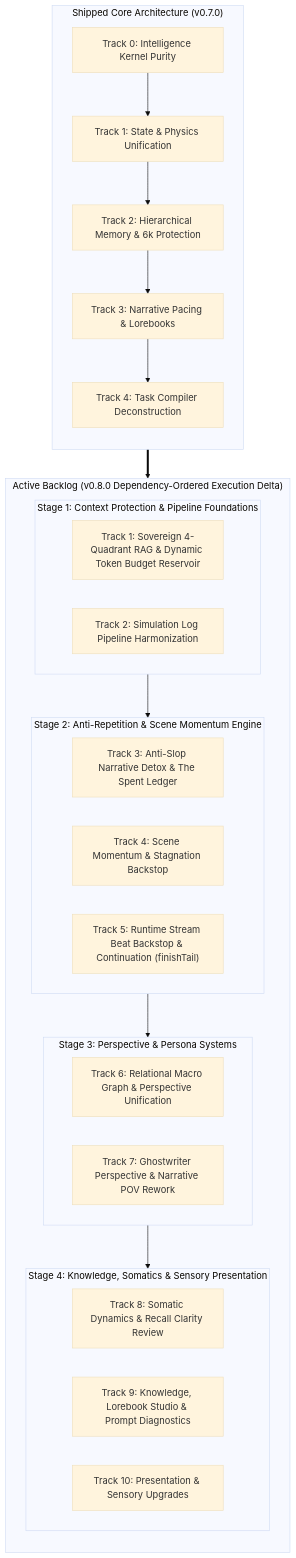
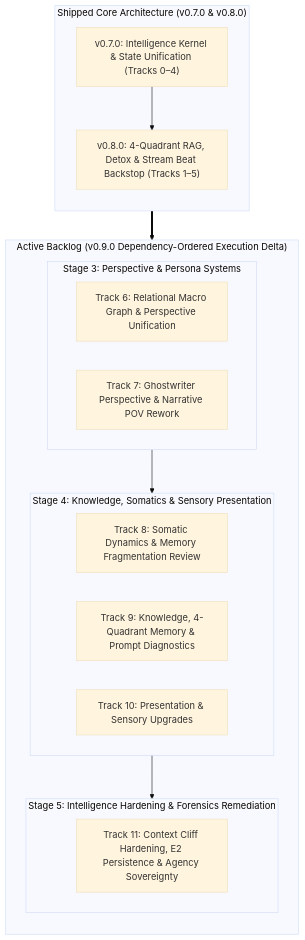
Before and after one commit to JooduG/RPGlitch: the diagram in ROADMAP.md, drawn with Mermaid (base theme). The commit also changed other lines of this file and 3 other files, not shown here.

Commit message:
test: add simulation audit test suite and update changelog and roadmap

````diff
--- a/ROADMAP.md
+++ b/ROADMAP.md
@@ -20,41 +20,31 @@
 ```mermaid
 flowchart TD
-    subgraph Shipped ["Shipped Core Architecture (v0.7.0)"]
+    subgraph Shipped ["Shipped Core Architecture (v0.7.0 & v0.8.0)"]
         direction TB
-        T0["Track 0: Intelligence Kernel Purity"]
-        T1["Track 1: State & Physics Unification"]
-        T2["Track 2: Hierarchical Memory & 6k Protection"]
-        T3["Track 3: Narrative Pacing & Lorebooks"]
-        T4["Track 4: Task Compiler Deconstruction"]
-        T0 --> T1 --> T2 --> T3 --> T4
+        S1["v0.7.0: Intelligence Kernel & State Unification (Tracks 0–4)"]
+        S2["v0.8.0: 4-Quadrant RAG, Detox & Stream Beat Backstop (Tracks 1–5)"]
+        S1 --> S2
     end
 
-    subgraph ActiveBacklog ["Active Backlog (v0.8.0 Dependency-Ordered Execution Delta)"]
+    subgraph ActiveBacklog ["Active Backlog (v0.9.0 Dependency-Ordered Execution Delta)"]
         direction TB
-        subgraph Stage1 ["Stage 1: Context Protection & Pipeline Foundations"]
-            TR1["Track 1: Sovereign 4-Quadrant RAG & Dynamic Token Budget Reservoir"]
-            TR2["Track 2: Simulation Log Pipeline Harmonization"]
-        end
-
-        subgraph Stage2 ["Stage 2: Anti-Repetition & Scene Momentum Engine"]
-            TR3["Track 3: Anti-Slop Narrative Detox & The Spent Ledger"]
-            TR4["Track 4: Scene Momentum & Stagnation Backstop"]
-            TR5["Track 5: Runtime Stream Beat Backstop & Continuation (finishTail)"]
-        end
-
         subgraph Stage3 ["Stage 3: Perspective & Persona Systems"]
             TR6["Track 6: Relational Macro Graph & Perspective Unification"]
             TR7["Track 7: Ghostwriter Perspective & Narrative POV Rework"]
         end
 
         subgraph Stage4 ["Stage 4: Knowledge, Somatics & Sensory Presentation"]
-            TR8["Track 8: Somatic Dynamics & Recall Clarity Review"]
-            TR9["Track 9: Knowledge, Lorebook Studio & Prompt Diagnostics"]
+            TR8["Track 8: Somatic Dynamics & Memory Fragmentation Review"]
+            TR9["Track 9: Knowledge, 4-Quadrant Memory & Prompt Diagnostics"]
             TR10["Track 10: Presentation & Sensory Upgrades"]
         end
 
-        Stage1 --> Stage2 --> Stage3 --> Stage4
+        subgraph Stage5 ["Stage 5: Intelligence Hardening & Forensics Remediation"]
+            TR11["Track 11: Context Cliff Hardening, E2 Persistence & Agency Sovereignty"]
+        end
+
+        Stage3 --> Stage4 --> Stage5
     end
 
     Shipped ==> ActiveBacklog
 ```
````
